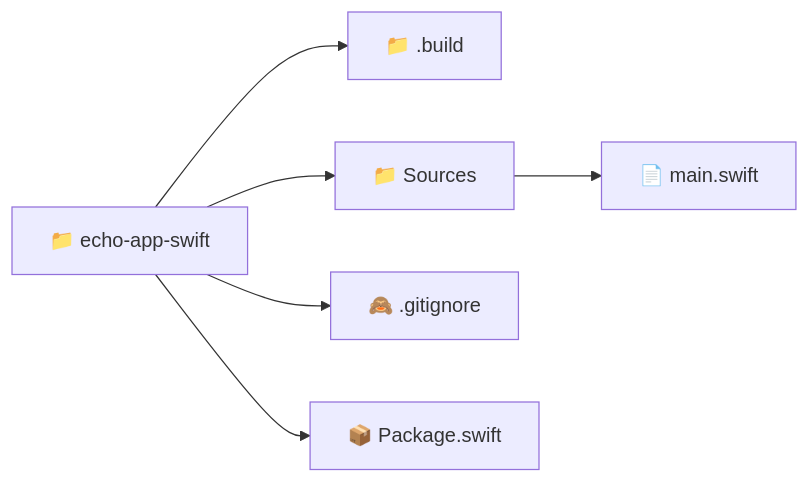
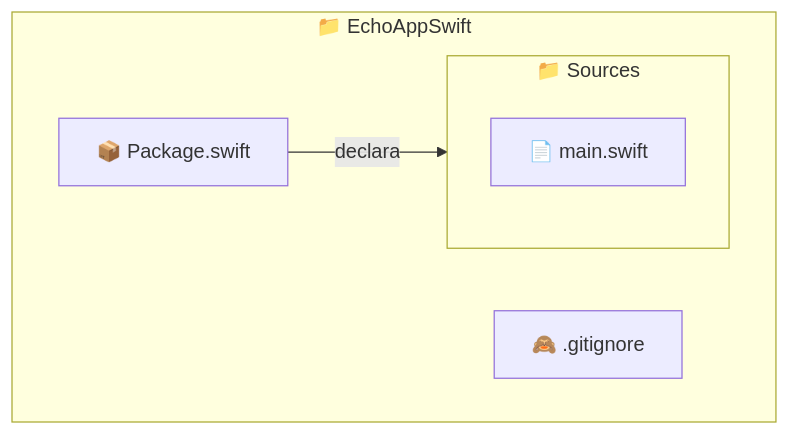
One commit to r8vnhill/dibs-docusaurus changed the diagram in docs/build-systems/init/swift.mdx. Above: the diagram before and after it, drawn with Mermaid. The commit also changed other lines of this file and 3 other files, not shown here.

````diff
--- a/docs/build-systems/init/swift.mdx
+++ b/docs/build-systems/init/swift.mdx
@@ -161,10 +199,14 @@
 ```mermaid
-graph LR
-    root["📁 echo-app-swift"]
-    root --> build["📁 .build"]
-    root --> sources["📁 Sources"]
-    root --> gitignore["🙈 .gitignore"]
-    root --> package["📦 Package.swift"]
+graph
+    subgraph Root [📁 EchoAppSwift]
+        direction LR
+        package[📦 Package.swift]
+        gitignore[🙈 .gitignore]
+        
+        subgraph Sources [📁 Sources]
+            main["📄 main.swift"]
+        end
 
-    sources --> main["📄 main.swift"]
+        package -->|declara| Sources
+    end
 ```
````
